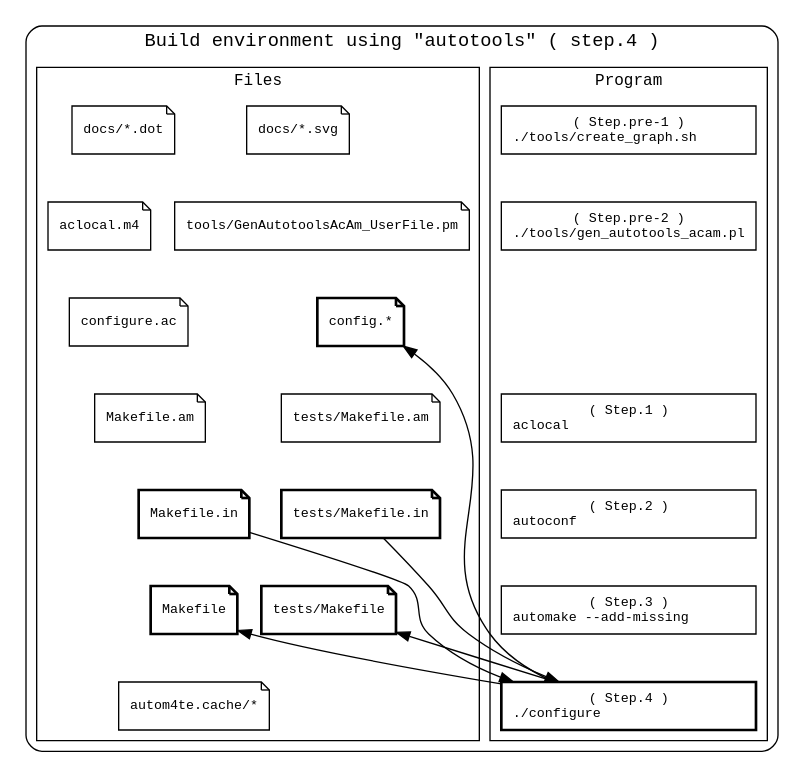
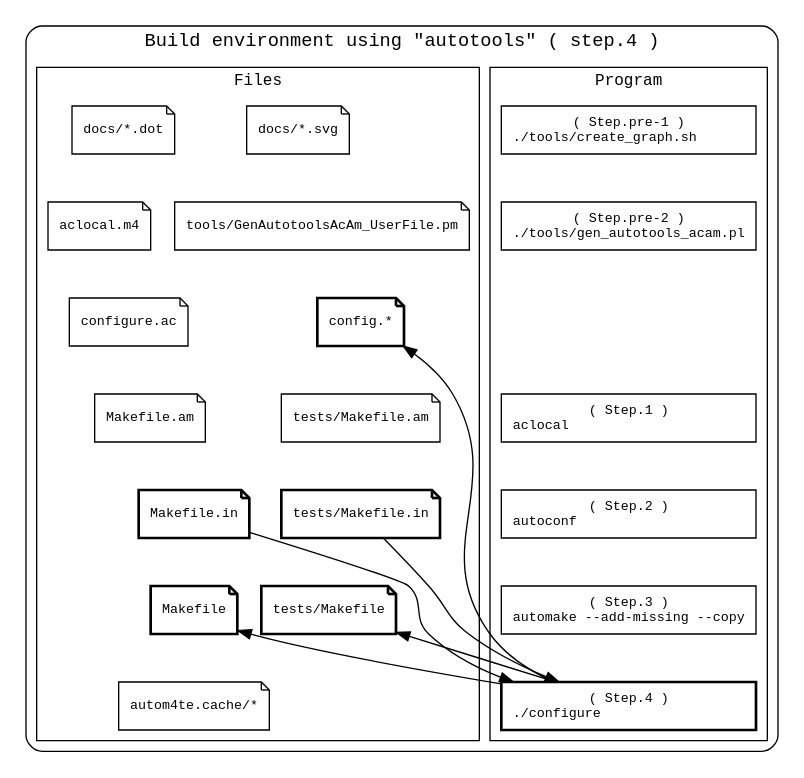
Before and after one commit to tomyama-code/tomyama_script_collection: the diagram in docs/devel_step_1_4.dot, drawn with Graphviz. The commit also changed 15 other files, not shown here.

```diff
--- a/docs/devel_step_1_4.dot
+++ b/docs/devel_step_1_4.dot
@@ -1,81 +1,81 @@
 // File: docs/devel_step_1_4.dot
 // Author: tomyama
 // Purpose: Development workflow diagram
 
 digraph physical_directory_structure {
     newrank=true
     constraint=false
 
     // 全体に等幅フォントを適用
     //   ex) "monospace", "Courier", "Courier New", "Consolas", "Monaco"
     graph [fontname="monospace"]
     node  [fontname="monospace", fontsize=10, penwidth=1]
     edge  [fontname="monospace"]
 
     // 図全体を囲うクラスタ
     subgraph cluster_all {
 
         label = "Build environment using \"autotools\" ( step.4 )"
         style = "rounded"   // 角を丸くする
         color = "black"     // 枠線の色
         penwidth = 1        // 枠線の太さ
 
         // プログラム
         subgraph cluster_program {
             label = "Program"
             style = "solid"
             penwidth = 1        // 枠線の太さ
             fontsize=12
             {
                 edge [style=invis];
                 program01 -> program02 -> program99 -> program03 -> program04 -> program05 -> program06
             }
             program01 [shape=box, style=solid , label="( Step.pre-1 )\n./tools/create_graph.sh      "]
             program02 [shape=box, style=solid , label="( Step.pre-2 )\n./tools/gen_autotools_acam.pl"]
             program99 [shape=box, style=invis]
             program03 [shape=box, style=solid , label="( Step.1 )\naclocal                      "]
             program04 [shape=box, style=solid , label="( Step.2 )\nautoconf                     "]
-            program05 [shape=box, style=solid , label="( Step.3 )\nautomake --add-missing       "]
+            program05 [shape=box, style=solid , label="( Step.3 )\nautomake --add-missing --copy"]
             program06 [shape=box, style=solid , label="( Step.4 )\n./configure                  ", penwidth=2]
         }
 
         // ファイル
         subgraph cluster_file {
             label = "Files"
             style = "solid"
             penwidth = 1        // 枠線の太さ
             fontsize=12
             {
                 edge [style=invis];
                 file01 -> file02 -> file03 -> file04 -> file05 -> file06 -> file07
                 file08 -> file09 -> file10 -> file11 -> file12 -> file13
                 file01 -> file08
             }
             file01 [shape=note, style=solid , label="docs/*.dot"]
             file02 [shape=note, style=solid , label="aclocal.m4"]
             file03 [shape=note, style=solid , label="configure.ac"]
             file04 [shape=note, style=solid , label="Makefile.am"]
             file05 [shape=note, style=solid , label="Makefile.in", penwidth=2]
             file06 [shape=note, style=solid , label="Makefile", penwidth=2]
             file07 [shape=note, style=solid , label="autom4te.cache/*"]
             file08 [shape=note, style=solid , label="docs/*.svg"]
             file09 [shape=note, style=solid , label="tools/GenAutotoolsAcAm_UserFile.pm"]
             file10 [shape=note, style=solid , label="config.*", penwidth=2]
             file11 [shape=note, style=solid , label="tests/Makefile.am"]
             file12 [shape=note, style=solid , label="tests/Makefile.in", penwidth=2]
             file13 [shape=note, style=solid , label="tests/Makefile", penwidth=2]
         }
 
         {rank=same; program01; file01; file08}
         {rank=same; program02; file02; file09}
         {rank=same; program99; file03; file10}
         {rank=same; program03; file04; file11}
         {rank=same; program04; file05; file12}
         {rank=same; program05; file06; file13}
 
         // スクリプトとドキュメントの関係
         file05 -> program06 -> file06
         file12 -> program06 -> file13
         program06 -> file10
     }
 }
```
